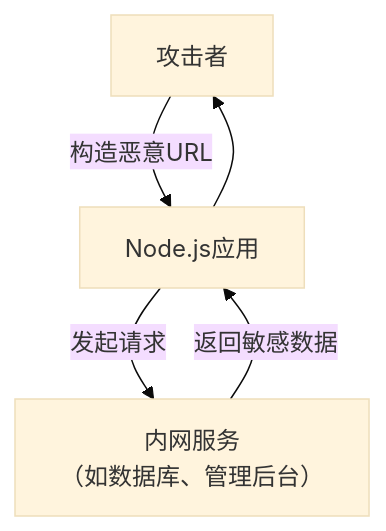
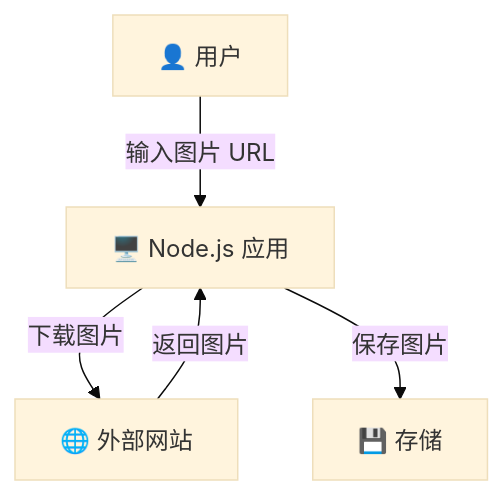
One commit to zhangshichuan/maxzhang.site changed the fifth of 14 diagrams in articles/zh/nodejs-security-guide.mdx. Above: the diagram before and after it, drawn with Mermaid (base theme). The commit also changed other lines of this file and 1 other file, not shown here.

````diff
--- a/articles/zh/nodejs-security-guide.mdx
+++ b/articles/zh/nodejs-security-guide.mdx
@@ -146,7 +580,7 @@
 ```mermaid
 flowchart TD
-    Attacker[攻击者] -->|构造恶意URL| App[Node.js应用]
-    App -->|发起请求| Internal[内网服务<br>（如数据库、管理后台）]
-    Internal -->|返回敏感数据| App
-    App --> Attacker
+    User[👤 用户] -->|输入图片 URL| App[🖥️ Node.js 应用]
+    App -->|下载图片| External[🌐 外部网站]
+    External -->|返回图片| App
+    App -->|保存图片| Storage[💾 存储]
 ```
````
